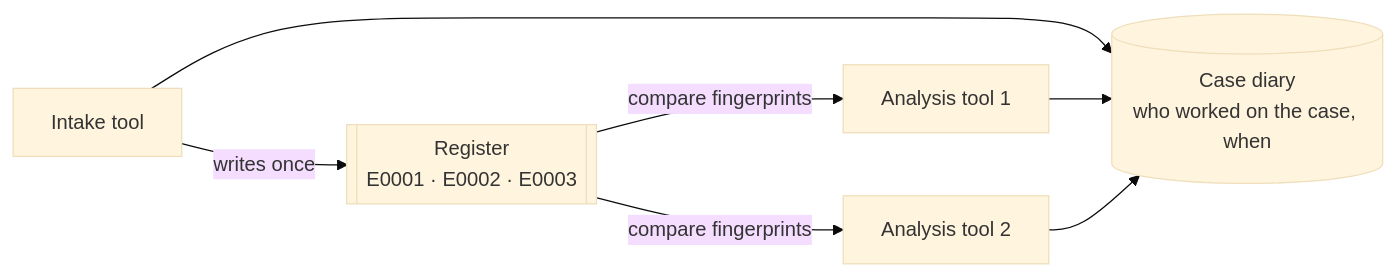
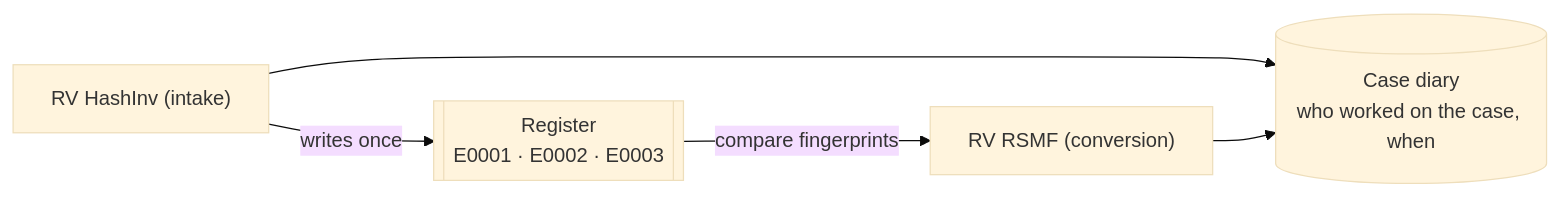
Before and after one commit to Panacota96/rv-rsmf: the fourth of 13 diagrams in docs/theory.md, drawn with Mermaid (base theme). The commit also changed other lines of this file and 12 other files, not shown here.

First line of the commit message:
docs: rewrite README and docs for the RSMF conversion domain

````diff
--- a/docs/theory.md
+++ b/docs/theory.md
@@ -142,9 +180,7 @@
 ```mermaid
 flowchart LR
-    I["Intake tool"] -->|"writes once"| R[["Register<br/>E0001 · E0002 · E0003"]]
-    R -->|"compare fingerprints"| A1["Analysis tool 1"]
-    R -->|"compare fingerprints"| A2["Analysis tool 2"]
+    I["RV HashInv (intake)"] -->|"writes once"| R[["Register<br/>E0001 · E0002 · E0003"]]
+    R -->|"compare fingerprints"| C["RV RSMF (conversion)"]
     I --> J[("Case diary<br/>who worked on the case, when")]
-    A1 --> J
-    A2 --> J
+    C --> J
 ```
````
